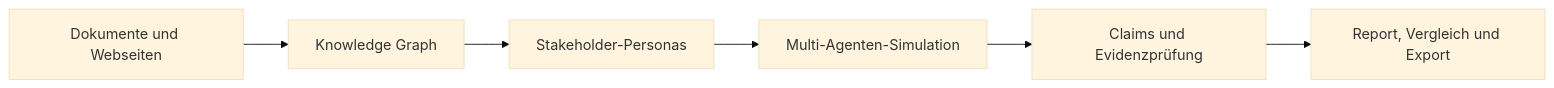
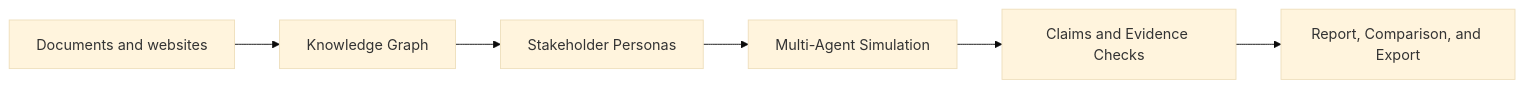
One commit to arn0ld87/agora changed the first of 2 diagrams in README.md. Above: the diagram before and after it, drawn with Mermaid (base theme). The commit also changed other lines of this file, not shown here.

````diff
--- a/README.md
+++ b/README.md
@@ -94,8 +98,8 @@
 ```mermaid
 flowchart LR
-    A[Dokumente und Webseiten] --> B[Knowledge Graph]
-    B --> C[Stakeholder-Personas]
-    C --> D[Multi-Agenten-Simulation]
-    D --> E[Claims und Evidenzprüfung]
-    E --> F[Report, Vergleich und Export]
+    A[Documents and websites] --> B[Knowledge Graph]
+    B --> C[Stakeholder Personas]
+    C --> D[Multi-Agent Simulation]
+    D --> E[Claims and Evidence Checks]
+    E --> F[Report, Comparison, and Export]
 ```
````
